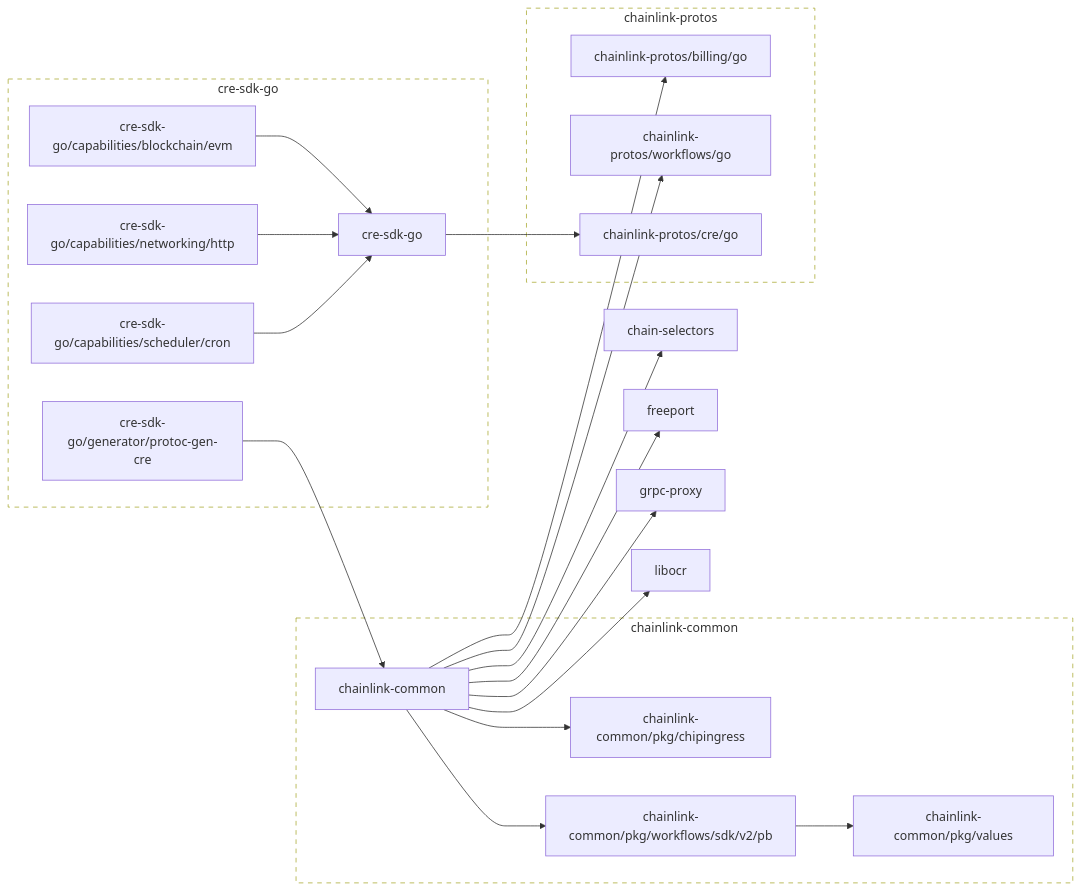
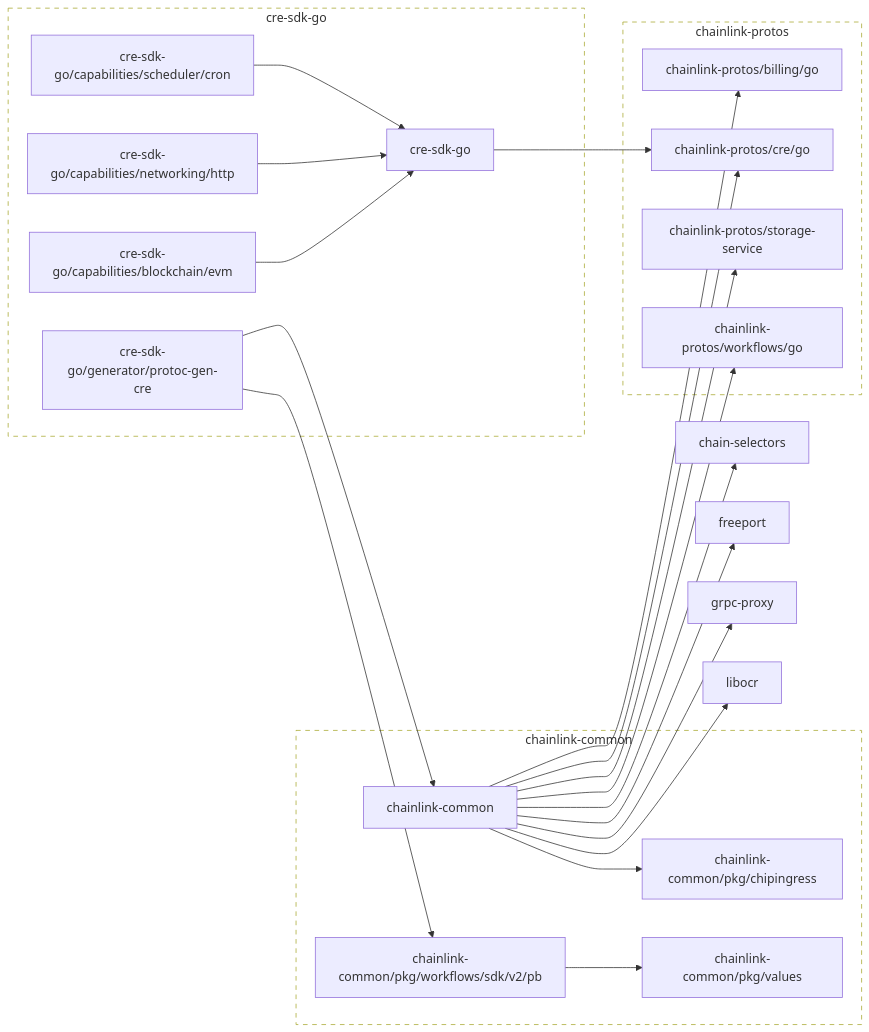
Before and after one commit to smartcontractkit/cre-sdk-go: the diagram in go.md, drawn with Mermaid. The commit also changed 2 other files, not shown here.

Commit message:
Fix chainlink-common reference

````diff
--- a/go.md
+++ b/go.md
@@ -2,70 +2,75 @@
 ```mermaid
 flowchart LR
 
 	chain-selectors
 	click chain-selectors href "https://github.com/smartcontractkit/chain-selectors"
 	chainlink-common --> chain-selectors
 	chainlink-common --> chainlink-common/pkg/chipingress
-	chainlink-common --> chainlink-common/pkg/workflows/sdk/v2/pb
 	chainlink-common --> chainlink-protos/billing/go
+	chainlink-common --> chainlink-protos/cre/go
+	chainlink-common --> chainlink-protos/storage-service
 	chainlink-common --> chainlink-protos/workflows/go
 	chainlink-common --> freeport
 	chainlink-common --> grpc-proxy
 	chainlink-common --> libocr
 	click chainlink-common href "https://github.com/smartcontractkit/chainlink-common"
 	chainlink-common/pkg/chipingress
 	click chainlink-common/pkg/chipingress href "https://github.com/smartcontractkit/chainlink-common"
 	chainlink-common/pkg/values
 	click chainlink-common/pkg/values href "https://github.com/smartcontractkit/chainlink-common"
 	chainlink-common/pkg/workflows/sdk/v2/pb --> chainlink-common/pkg/values
 	click chainlink-common/pkg/workflows/sdk/v2/pb href "https://github.com/smartcontractkit/chainlink-common"
 	chainlink-protos/billing/go
 	click chainlink-protos/billing/go href "https://github.com/smartcontractkit/chainlink-protos"
 	chainlink-protos/cre/go
 	click chainlink-protos/cre/go href "https://github.com/smartcontractkit/chainlink-protos"
+	chainlink-protos/storage-service
+	click chainlink-protos/storage-service href "https://github.com/smartcontractkit/chainlink-protos"
 	chainlink-protos/workflows/go
 	click chainlink-protos/workflows/go href "https://github.com/smartcontractkit/chainlink-protos"
 	cre-sdk-go --> chainlink-protos/cre/go
 	click cre-sdk-go href "https://github.com/smartcontractkit/cre-sdk-go"
 	cre-sdk-go/capabilities/blockchain/evm --> cre-sdk-go
 	click cre-sdk-go/capabilities/blockchain/evm href "https://github.com/smartcontractkit/cre-sdk-go"
 	cre-sdk-go/capabilities/networking/http --> cre-sdk-go
 	click cre-sdk-go/capabilities/networking/http href "https://github.com/smartcontractkit/cre-sdk-go"
 	cre-sdk-go/capabilities/scheduler/cron --> cre-sdk-go
 	click cre-sdk-go/capabilities/scheduler/cron href "https://github.com/smartcontractkit/cre-sdk-go"
 	cre-sdk-go/generator/protoc-gen-cre --> chainlink-common
+	cre-sdk-go/generator/protoc-gen-cre --> chainlink-common/pkg/workflows/sdk/v2/pb
 	click cre-sdk-go/generator/protoc-gen-cre href "https://github.com/smartcontractkit/cre-sdk-go"
 	freeport
 	click freeport href "https://github.com/smartcontractkit/freeport"
 	grpc-proxy
 	click grpc-proxy href "https://github.com/smartcontractkit/grpc-proxy"
 	libocr
 	click libocr href "https://github.com/smartcontractkit/libocr"
 
 	subgraph chainlink-common-repo[chainlink-common]
 		 chainlink-common
 		 chainlink-common/pkg/chipingress
 		 chainlink-common/pkg/values
 		 chainlink-common/pkg/workflows/sdk/v2/pb
 	end
 	click chainlink-common-repo href "https://github.com/smartcontractkit/chainlink-common"
 
 	subgraph chainlink-protos-repo[chainlink-protos]
 		 chainlink-protos/billing/go
 		 chainlink-protos/cre/go
+		 chainlink-protos/storage-service
 		 chainlink-protos/workflows/go
 	end
 	click chainlink-protos-repo href "https://github.com/smartcontractkit/chainlink-protos"
 
 	subgraph cre-sdk-go-repo[cre-sdk-go]
 		 cre-sdk-go
 		 cre-sdk-go/capabilities/blockchain/evm
 		 cre-sdk-go/capabilities/networking/http
 		 cre-sdk-go/capabilities/scheduler/cron
 		 cre-sdk-go/generator/protoc-gen-cre
 	end
 	click cre-sdk-go-repo href "https://github.com/smartcontractkit/cre-sdk-go"
 
 	classDef outline stroke-dasharray:6,fill:none;
 	class chainlink-common-repo,chainlink-protos-repo,cre-sdk-go-repo outline
 ```
````
